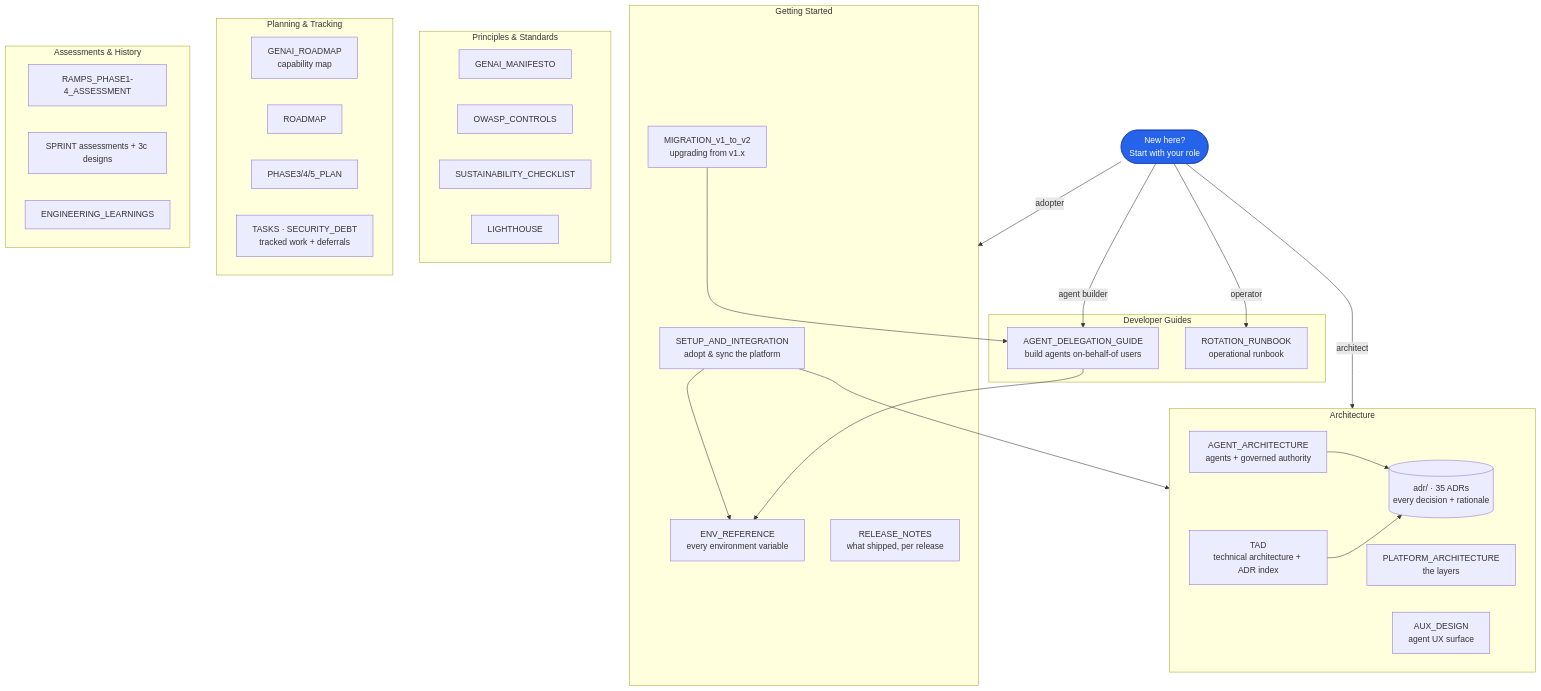
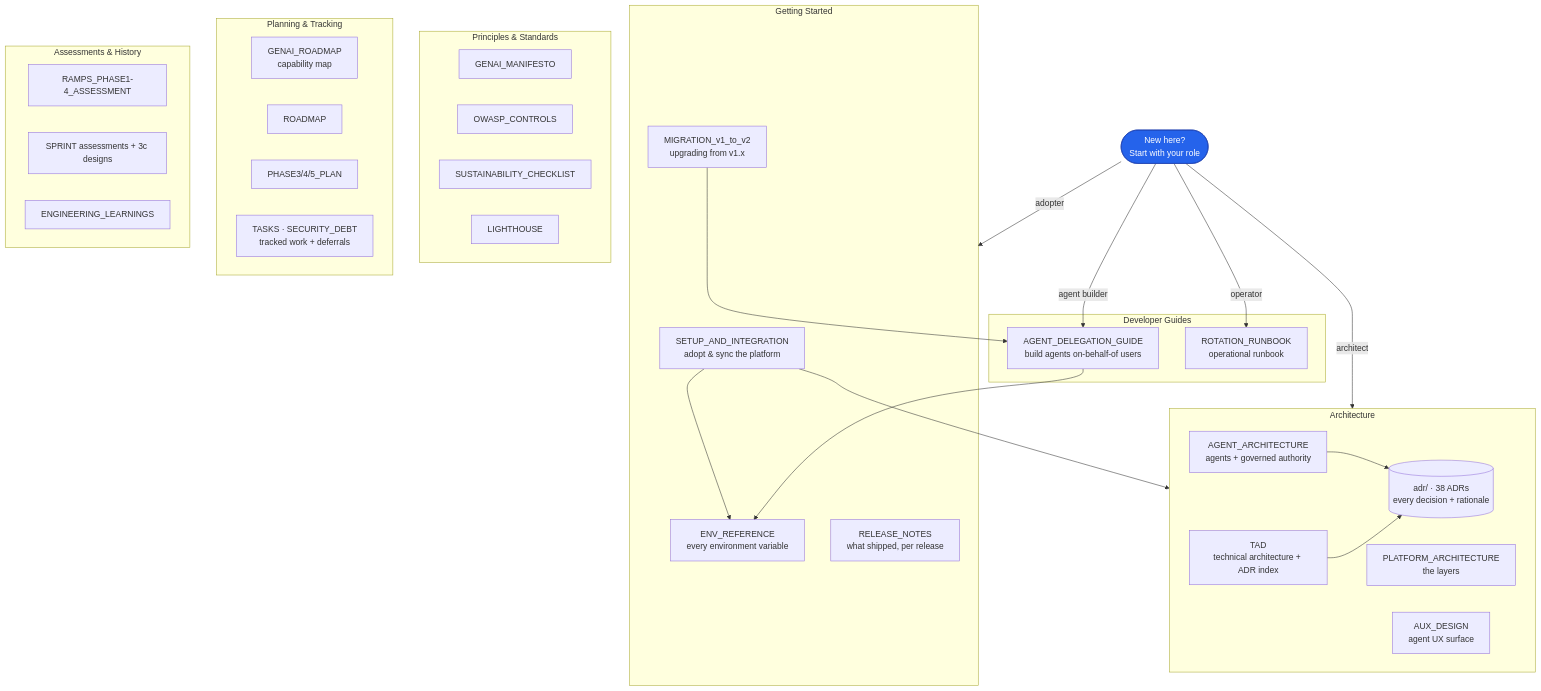
Before and after one commit to Datankare/platform-foundation: the diagram in docs/README.md, drawn with Mermaid. The commit also changed other lines of this file and 5 other files, not shown here.

````diff
--- a/docs/README.md
+++ b/docs/README.md
@@ -23,59 +23,59 @@
 ```mermaid
 graph TD
     START([New here?<br/>Start with your role])
 
     subgraph GS["Getting Started"]
         SETUP[SETUP_AND_INTEGRATION<br/>adopt & sync the platform]
         ENV[ENV_REFERENCE<br/>every environment variable]
         MIG[MIGRATION_v1_to_v2<br/>upgrading from v1.x]
         REL[RELEASE_NOTES<br/>what shipped, per release]
     end
 
     subgraph ARCH["Architecture"]
         TAD[TAD<br/>technical architecture + ADR index]
         PLAT[PLATFORM_ARCHITECTURE<br/>the layers]
         AGENT[AGENT_ARCHITECTURE<br/>agents + governed authority]
         AUX[AUX_DESIGN<br/>agent UX surface]
-        ADR[(adr/ · 35 ADRs<br/>every decision + rationale)]
+        ADR[(adr/ · 38 ADRs<br/>every decision + rationale)]
     end
 
     subgraph GUIDES["Developer Guides"]
         DELEG[AGENT_DELEGATION_GUIDE<br/>build agents on-behalf-of users]
         ROT[ROTATION_RUNBOOK<br/>operational runbook]
     end
 
     subgraph PRINCIPLES["Principles & Standards"]
         MAN[GENAI_MANIFESTO]
         OWASP[OWASP_CONTROLS]
         SUS[SUSTAINABILITY_CHECKLIST]
         LIGHT[LIGHTHOUSE]
     end
 
     subgraph PLANNING["Planning & Tracking"]
         ROAD[GENAI_ROADMAP<br/>capability map]
         ROADMAP[ROADMAP]
         PHASE[PHASE3/4/5_PLAN]
         TASKS[TASKS · SECURITY_DEBT<br/>tracked work + deferrals]
     end
 
     subgraph HISTORY["Assessments & History"]
         RAMPS[RAMPS_PHASE1-4_ASSESSMENT]
         SPRINT[SPRINT assessments + 3c designs]
         LEARN[ENGINEERING_LEARNINGS]
     end
 
     START -->|adopter| GS
     START -->|architect| ARCH
     START -->|agent builder| DELEG
     START -->|operator| ROT
 
     SETUP --> ENV
     SETUP --> ARCH
     DELEG --> ENV
     AGENT --> ADR
     TAD --> ADR
     MIG --> DELEG
 
     classDef start fill:#2563eb,stroke:#1e40af,color:#fff
     class START start
 ```
````
